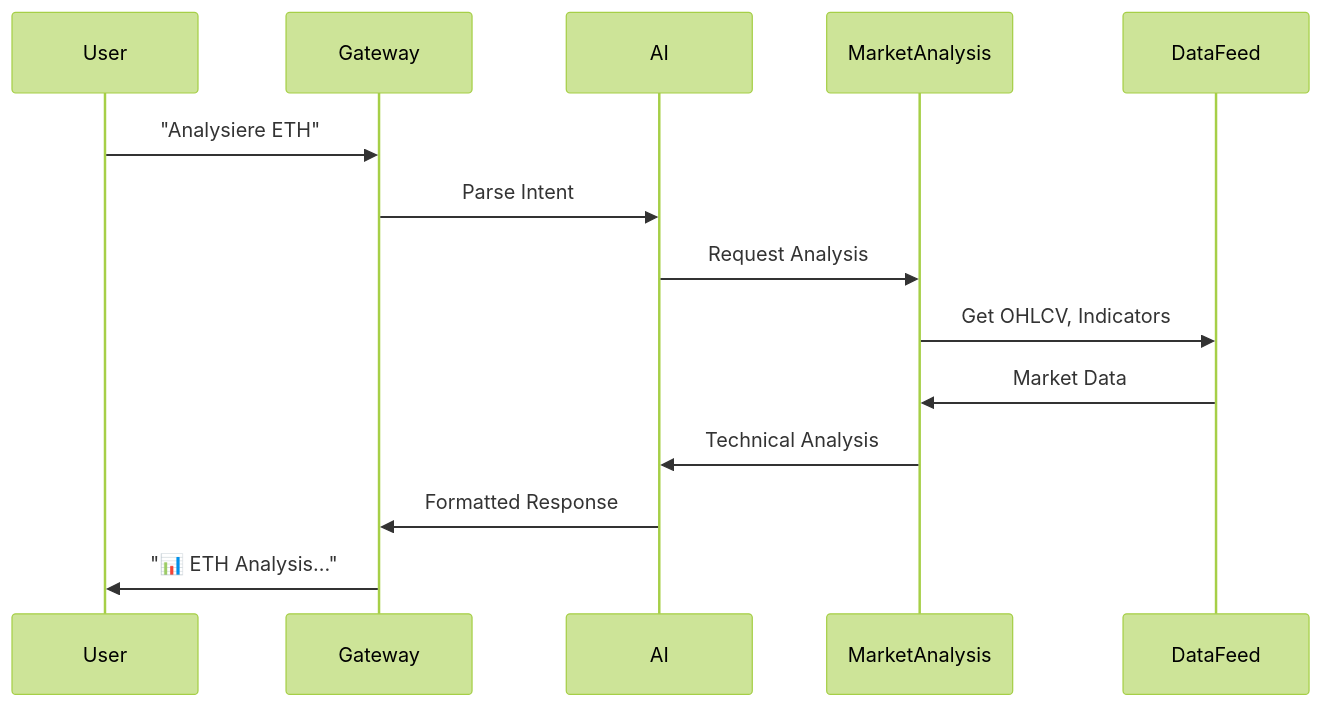
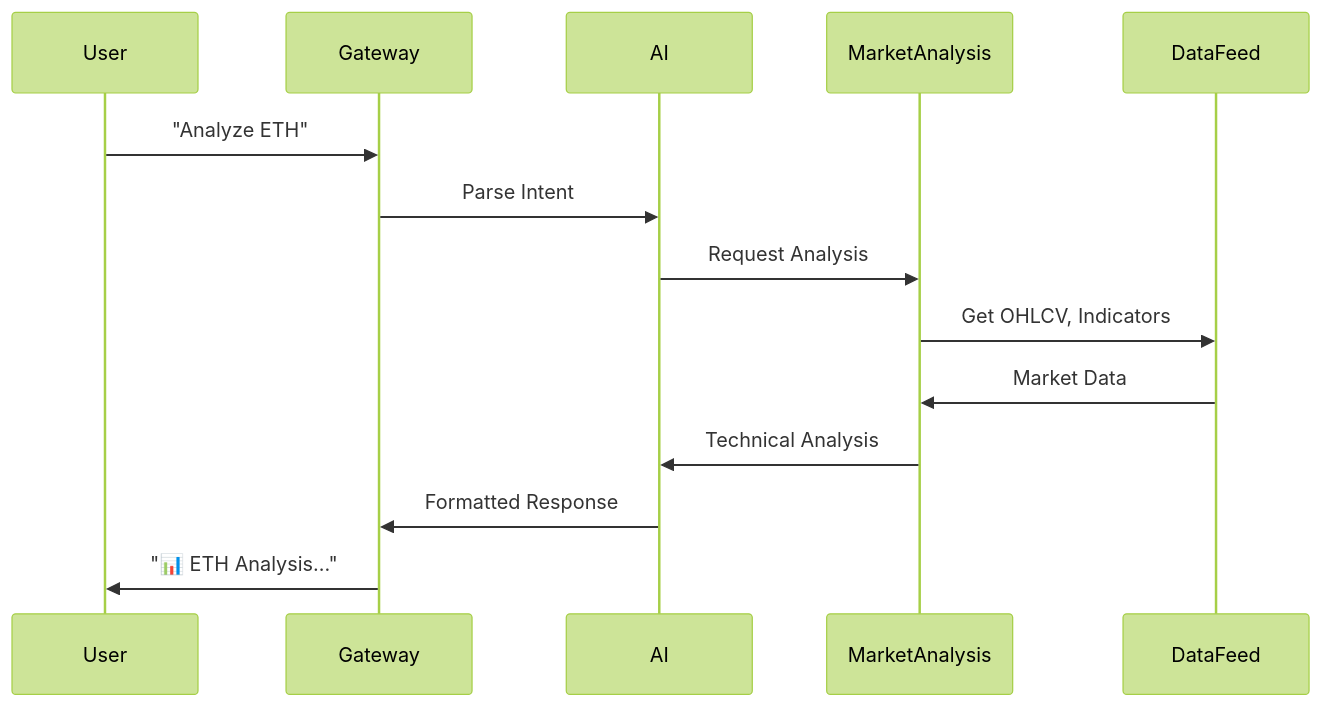
Before and after one commit to kayzaa/k.i.t.-bot: the fourth of 4 diagrams in docs/concepts/architecture.md, drawn with Mermaid (forest theme). The commit also changed other lines of this file and 4 other files, not shown here.

````diff
--- a/docs/concepts/architecture.md
+++ b/docs/concepts/architecture.md
@@ -163,17 +163,17 @@
 ```mermaid
 sequenceDiagram
     participant User
     participant Gateway
     participant AI
     participant MarketAnalysis
     participant DataFeed
     
-    User->>Gateway: "Analysiere ETH"
+    User->>Gateway: "Analyze ETH"
     Gateway->>AI: Parse Intent
     AI->>MarketAnalysis: Request Analysis
     MarketAnalysis->>DataFeed: Get OHLCV, Indicators
     DataFeed->>MarketAnalysis: Market Data
     MarketAnalysis->>AI: Technical Analysis
     AI->>Gateway: Formatted Response
     Gateway->>User: "📊 ETH Analysis..."
 ```
````
